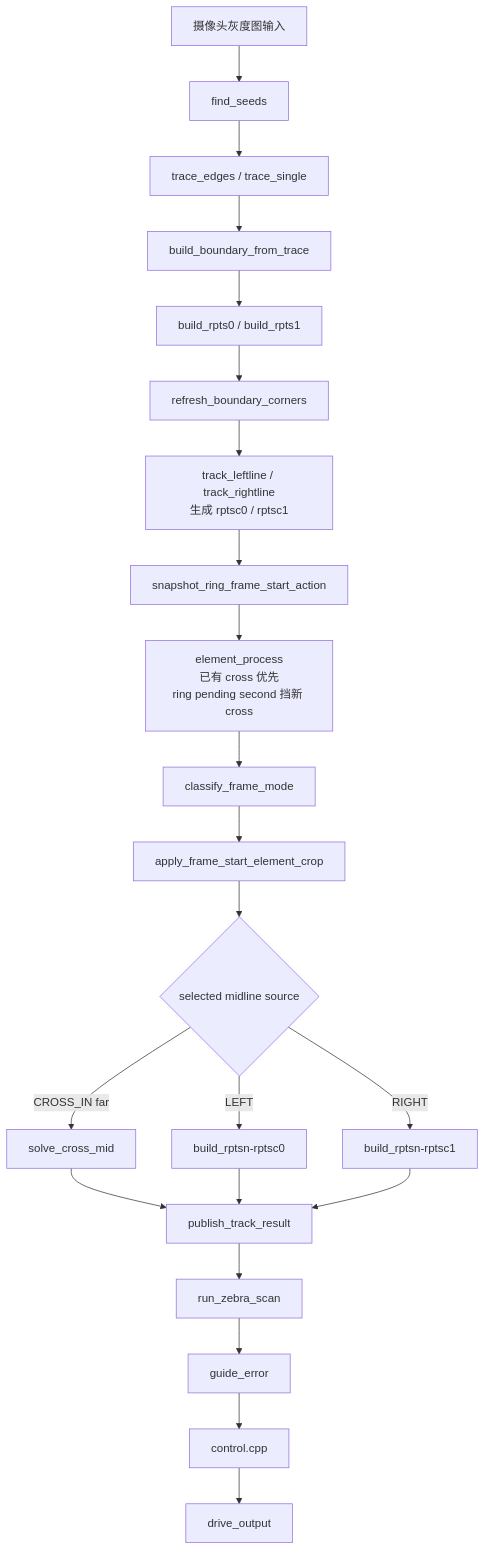
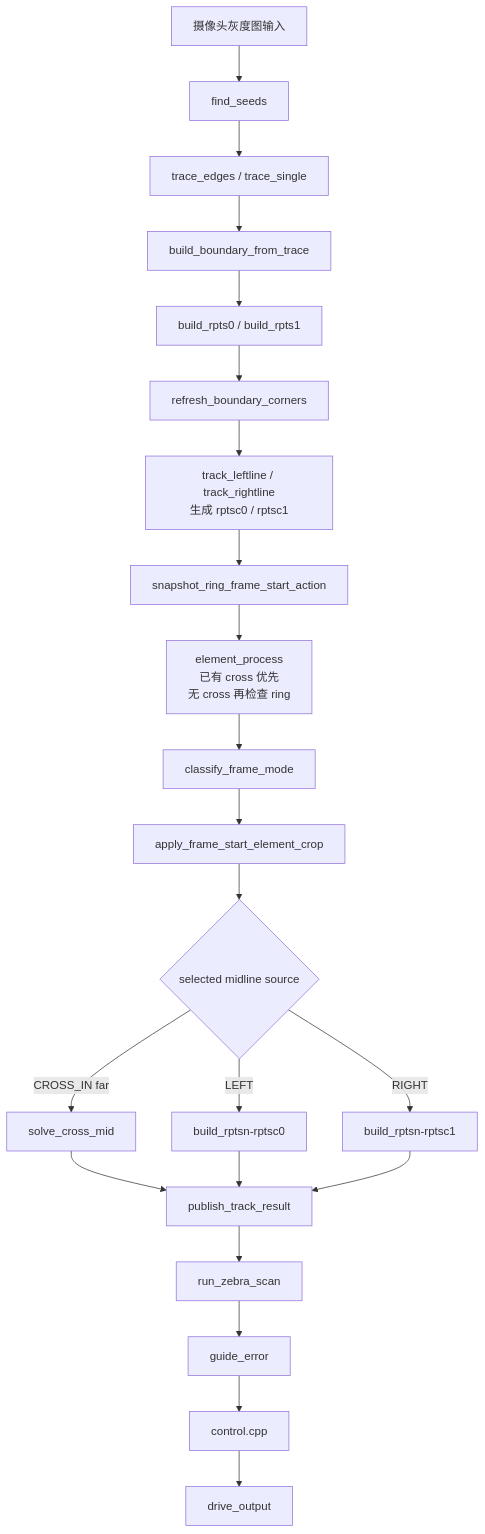
Before and after one commit to DWDROME/front_car_mainline: the diagram in docs/流程图.md, drawn with Mermaid. The commit also changed other lines of this file and 14 other files, not shown here.

````diff
--- a/docs/流程图.md
+++ b/docs/流程图.md
@@ -7,24 +8,24 @@
 ```mermaid
 flowchart TD
     A[摄像头灰度图输入] --> B[find_seeds]
     B --> C[trace_edges / trace_single]
     C --> D[build_boundary_from_trace]
     D --> E[build_rpts0 / build_rpts1]
     E --> F[refresh_boundary_corners]
     F --> G[track_leftline / track_rightline<br/>生成 rptsc0 / rptsc1]
     G --> H[snapshot_ring_frame_start_action]
-    H --> I[element_process<br/>已有 cross 优先<br/>ring pending second 挡新 cross]
+    H --> I[element_process<br/>已有 cross 优先<br/>无 cross 再检查 ring]
     I --> J[classify_frame_mode]
     J --> K[apply_frame_start_element_crop]
     K --> L{selected midline source}
     L -->|CROSS_IN far| M[solve_cross_mid]
     L -->|LEFT| N[build_rptsn-rptsc0]
     L -->|RIGHT| O[build_rptsn-rptsc1]
     M --> P[publish_track_result]
     N --> P
     O --> P
     P --> Q[run_zebra_scan]
     Q --> R[guide_error]
     R --> S[control.cpp]
     S --> T[drive_output]
 ```
````
